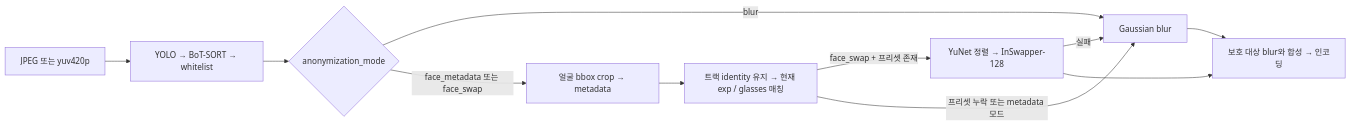
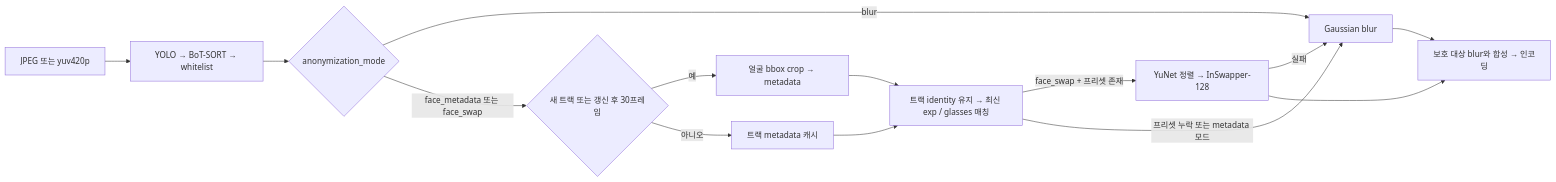
Before and after one commit to team-framework/innolive-ai: the diagram in docs/face-preset-anonymization.md, drawn with Mermaid. The commit also changed other lines of this file and 1 other file, not shown here.

Commit message:
docs: metadata 30프레임 갱신 계약과 검증 결과 정리

````diff
--- a/docs/face-preset-anonymization.md
+++ b/docs/face-preset-anonymization.md
@@ -22,13 +22,16 @@
 ```mermaid
 flowchart LR
   A[JPEG 또는 yuv420p] --> B[YOLO → BoT-SORT → whitelist]
   B --> C{anonymization_mode}
   C -->|blur| D[Gaussian blur]
-  C -->|face_metadata 또는 face_swap| E[얼굴 bbox crop → metadata]
-  E --> F[트랙 identity 유지 → 현재 exp / glasses 매칭]
+  C -->|face_metadata 또는 face_swap| E{새 트랙 또는 갱신 후 30프레임}
+  E -->|예| M[얼굴 bbox crop → metadata]
+  E -->|아니오| K[트랙 metadata 캐시]
+  M --> F[트랙 identity 유지 → 최신 exp / glasses 매칭]
+  K --> F
   F -->|face_swap + 프리셋 존재| G[YuNet 정렬 → InSwapper-128]
   F -->|프리셋 누락 또는 metadata 모드| D
   G -->|실패| D
   G --> H[보호 대상 blur와 합성 → 인코딩]
   D --> H
 ```
````
